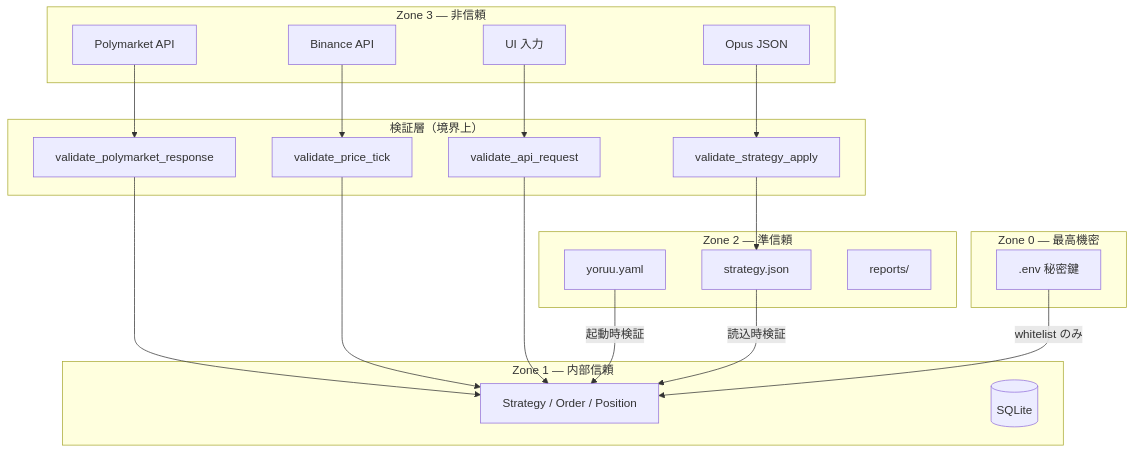
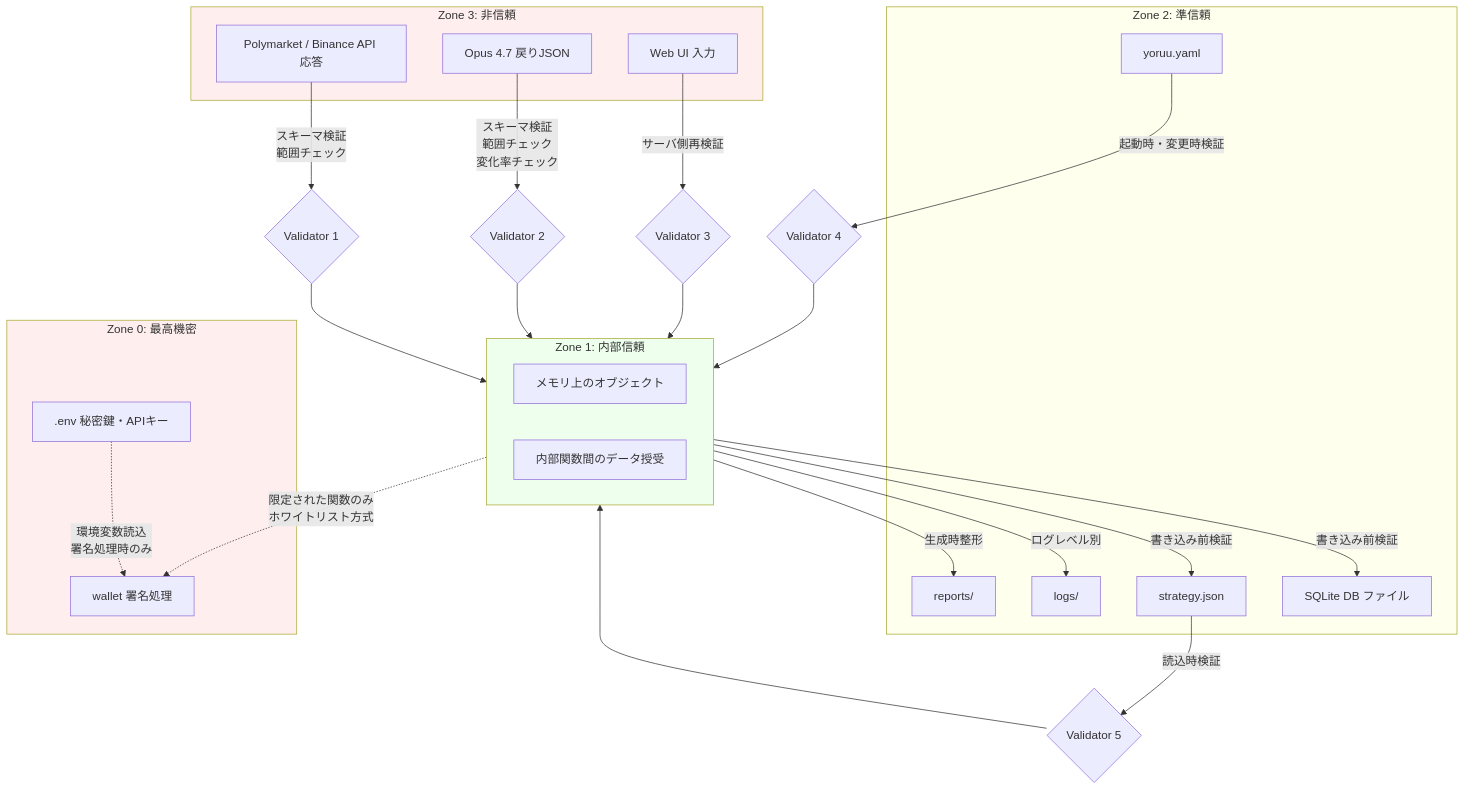
Before and after one commit to matrix9neonebuchadnezzar2199-sketch/YoRuu: the diagram in docs/design/05_trust_boundary.md, drawn with Mermaid. The commit also changed other lines of this file and 8 other files, not shown here.

````diff
--- a/docs/design/05_trust_boundary.md
+++ b/docs/design/05_trust_boundary.md
@@ -22,39 +19,51 @@
 ```mermaid
 flowchart TB
-    subgraph Z3["Zone 3 — 非信頼"]
-        PM_API[Polymarket API]
-        BN_API[Binance API]
-        OPUS_JSON[Opus JSON]
-        UI_IN[UI 入力]
+    subgraph Z3[Zone 3: 非信頼]
+        EXT_API[Polymarket / Binance API 応答]
+        OPUS_OUT[Opus 4.7 戻りJSON]
+        UI_IN[Web UI 入力]
     end
 
-    subgraph VAL["検証層（境界上）"]
-        V_PM[validate_polymarket_response]
-        V_BN[validate_price_tick]
-        V_OPUS[validate_strategy_apply]
-        V_UI[validate_api_request]
+    subgraph Z2[Zone 2: 準信頼]
+        FS_CFG[yoruu.yaml]
+        FS_STR[strategy.json]
+        FS_LOG[logs/]
+        FS_REP[reports/]
+        FS_DB[SQLite DB ファイル]
     end
 
-    subgraph Z1["Zone 1 — 内部信頼"]
-        CORE[Strategy / Order / Position]
-        DB[(SQLite)]
+    subgraph Z1[Zone 1: 内部信頼]
+        MEM[メモリ上のオブジェクト]
+        FUNC[内部関数間のデータ授受]
     end
 
-    subgraph Z2["Zone 2 — 準信頼"]
-        YAML[yoruu.yaml]
-        SJSON[strategy.json]
-        REPORT[reports/]
+    subgraph Z0[Zone 0: 最高機密]
+        ENV[.env 秘密鍵・APIキー]
+        WALLET[wallet 署名処理]
     end
 
-    subgraph Z0["Zone 0 — 最高機密"]
-        SEC[.env 秘密鍵]
-    end
+    EXT_API -->|スキーマ検証\n範囲チェック| V1{Validator 1}
+    OPUS_OUT -->|スキーマ検証\n範囲チェック\n変化率チェック| V2{Validator 2}
+    UI_IN -->|サーバ側再検証| V3{Validator 3}
+    V1 --> Z1
+    V2 --> Z1
+    V3 --> Z1
 
-    PM_API --> V_PM --> CORE
-    BN_API --> V_BN --> CORE
-    OPUS_JSON --> V_OPUS --> SJSON
-    UI_IN --> V_UI --> CORE
-    YAML -->|起動時検証| CORE
-    SJSON -->|読込時検証| CORE
-    SEC -->|whitelist のみ| CORE
+    FS_CFG -->|起動時・変更時検証| V4{Validator 4}
+    FS_STR -->|読込時検証| V5{Validator 5}
+    V4 --> Z1
+    V5 --> Z1
+
+    Z1 -->|書き込み前検証| FS_DB
+    Z1 -->|書き込み前検証| FS_STR
+    Z1 -->|ログレベル別| FS_LOG
+    Z1 -->|生成時整形| FS_REP
+
+    Z1 -.限定された関数のみ\nホワイトリスト方式.-> WALLET
+    ENV -.環境変数読込\n署名処理時のみ.-> WALLET
+
+    style Z0 fill:#fee
+    style Z3 fill:#fee
+    style Z1 fill:#efe
+    style Z2 fill:#ffe
 ```
````
